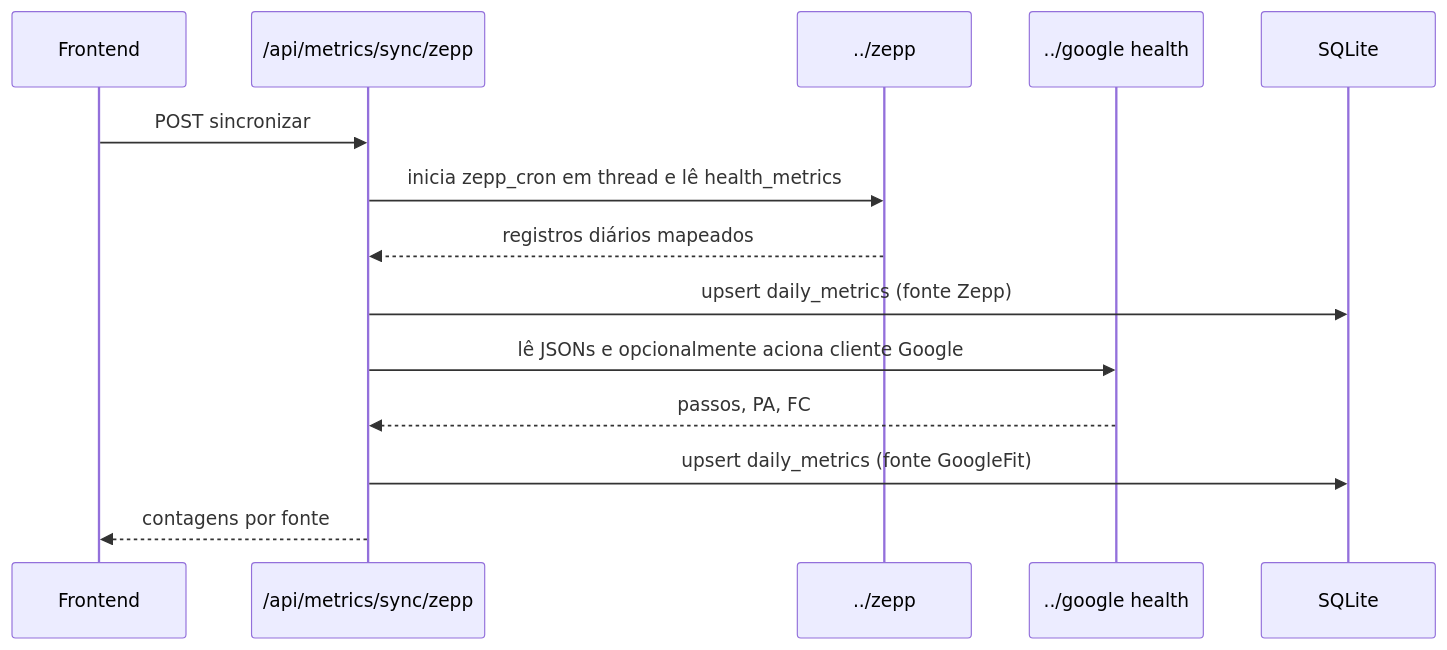
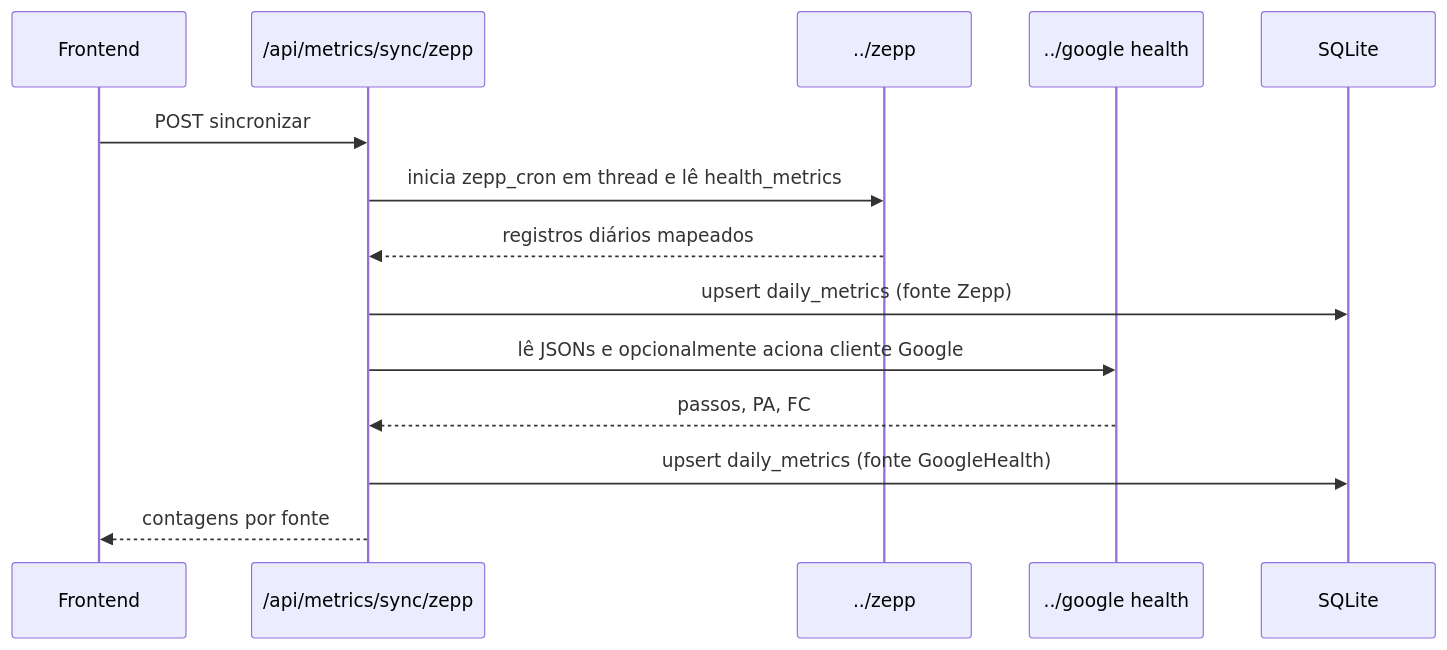
Before and after one commit to lguscouto/longevity-hub: the second of 3 diagrams in docs/architecture.md, drawn with Mermaid. The commit also changed other lines of this file and 28 other files, not shown here.

Commit message:
fix(google-health): complete P0/P1 codex pendencies (webhooks, REST v4, raw idempotency, isolation)

````diff
--- a/docs/architecture.md
+++ b/docs/architecture.md
@@ -47,17 +47,17 @@
 ```mermaid
 sequenceDiagram
     participant UI as Frontend
     participant API as /api/metrics/sync/zepp
     participant Z as ../zepp
     participant G as ../google health
     participant DB as SQLite
 
     UI->>API: POST sincronizar
     API->>Z: inicia zepp_cron em thread e lê health_metrics
     Z-->>API: registros diários mapeados
     API->>DB: upsert daily_metrics (fonte Zepp)
     API->>G: lê JSONs e opcionalmente aciona cliente Google
     G-->>API: passos, PA, FC
-    API->>DB: upsert daily_metrics (fonte GoogleFit)
+    API->>DB: upsert daily_metrics (fonte GoogleHealth)
     API-->>UI: contagens por fonte
 ```
````
